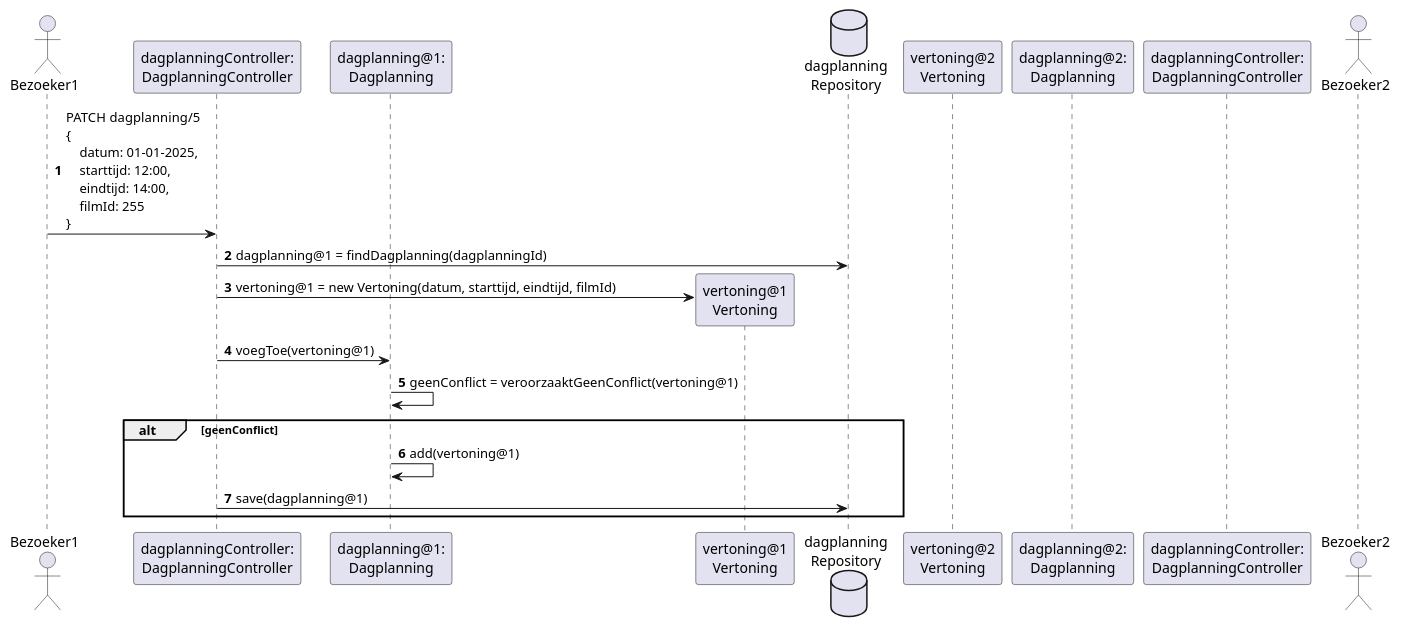
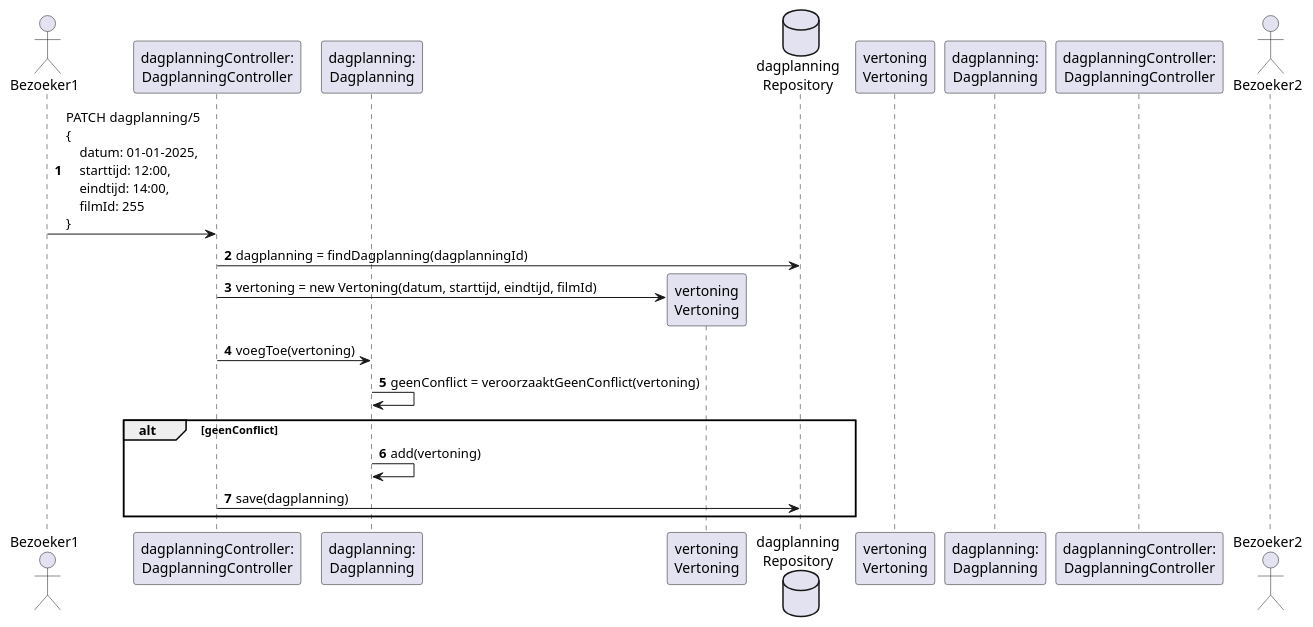
Before and after one commit to AIM-ENE/doex-opdracht-3: the diagram in oefeningen/les-1/lesprogramma/onderdeel2/jouw-uitwerking.puml, drawn with PlantUML. The commit also changed 1 other file, not shown here.

```diff
--- a/oefeningen/les-1/lesprogramma/onderdeel2/jouw-uitwerking.puml
+++ b/oefeningen/les-1/lesprogramma/onderdeel2/jouw-uitwerking.puml
@@ -1,36 +1,36 @@
 @startuml
 
 autonumber
 
 actor "Bezoeker1" as bezoeker1
 participant "dagplanningController:\nDagplanningController" as controller1
-participant "dagplanning@1:\nDagplanning" as dagplanning1
-participant "vertoning@1\nVertoning" as vertoning1
+participant "dagplanning:\nDagplanning" as dagplanning1
+participant "vertoning\nVertoning" as vertoning1
 database "dagplanning\nRepository" as dagplanningRepo
-participant "vertoning@2\nVertoning" as vertoning2
-participant "dagplanning@2:\nDagplanning" as dagplanning2
+participant "vertoning\nVertoning" as vertoning2
+participant "dagplanning:\nDagplanning" as dagplanning2
 participant "dagplanningController:\nDagplanningController" as controller2
 actor "Bezoeker2" as bezoeker2
 
 bezoeker1 -> controller1 : PATCH dagplanning/5\n\
 {\n\
     datum: 01-01-2025,\n\
     starttijd: 12:00,\n\
     eindtijd: 14:00,\n\
     filmId: 255\n\
 }
 
-controller1 -> dagplanningRepo: dagplanning@1 = findDagplanning(dagplanningId)
+controller1 -> dagplanningRepo: dagplanning = findDagplanning(dagplanningId)
 
-controller1 -> vertoning1 **: vertoning@1 = new Vertoning(datum, starttijd, eindtijd, filmId)
+controller1 -> vertoning1 **: vertoning = new Vertoning(datum, starttijd, eindtijd, filmId)
 
-controller1 -> dagplanning1: voegToe(vertoning@1)
+controller1 -> dagplanning1: voegToe(vertoning)
 
-dagplanning1 -> dagplanning1: geenConflict = veroorzaaktGeenConflict(vertoning@1)
+dagplanning1 -> dagplanning1: geenConflict = veroorzaaktGeenConflict(vertoning)
 
 alt geenConflict
-    dagplanning1 -> dagplanning1: add(vertoning@1)
-    controller1 -> dagplanningRepo: save(dagplanning@1)
+    dagplanning1 -> dagplanning1: add(vertoning)
+    controller1 -> dagplanningRepo: save(dagplanning)
 end
 
 @enduml
```
